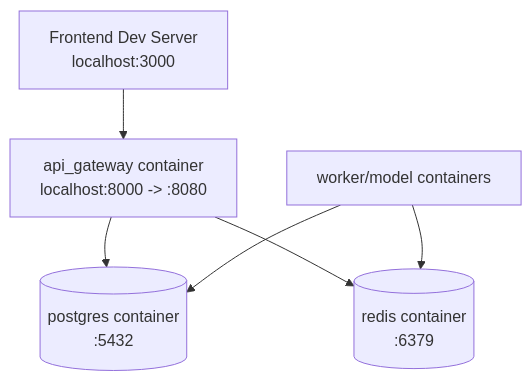
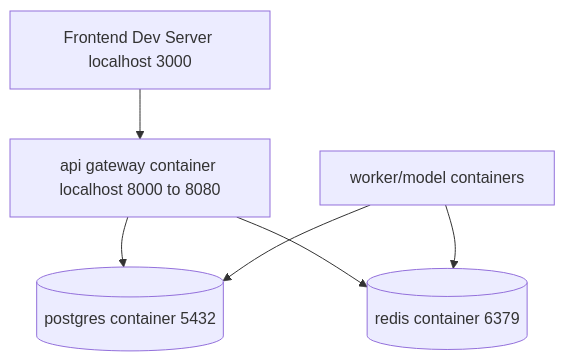
The second of 2 diagrams in README.md (frank-asket/doubow), drawn with Mermaid before and after one commit. The commit also changed other lines of this file, not shown here.

First line of the commit message:
Update README.md for improved clarity and consistency in architecture diagrams

````diff
--- a/README.md
+++ b/README.md
@@ -73,14 +73,14 @@
 ```mermaid
 flowchart TB
-  FE[Frontend Dev Server\nlocalhost:3000]
-  API[api_gateway container\nlocalhost:8000 -> :8080]
-  PG[(postgres container\n:5432)]
-  R[(redis container\n:6379)]
+  FE[Frontend Dev Server localhost 3000]
+  API[api gateway container localhost 8000 to 8080]
+  PG[(postgres container 5432)]
+  R[(redis container 6379)]
   W[worker/model containers]
 
   FE --> API
   API --> PG
   API --> R
   W --> PG
   W --> R
 ```
````
